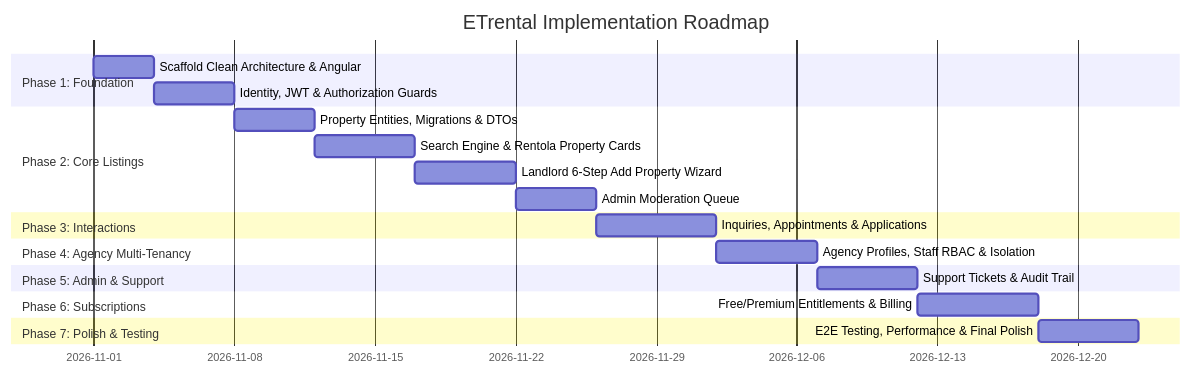
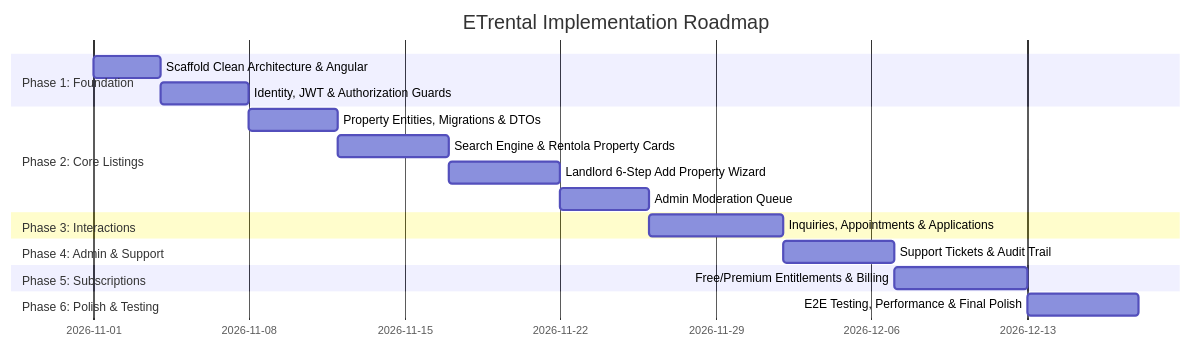
Before and after one commit to kefta19/ETrental-system: the diagram in ETrental_Test_Cases_and_Implementation_Roadmap.md, drawn with Mermaid. The commit also changed other lines of this file and 194 other files, not shown here.

````diff
--- a/ETrental_Test_Cases_and_Implementation_Roadmap.md
+++ b/ETrental_Test_Cases_and_Implementation_Roadmap.md
@@ -103,23 +104,21 @@
 ```mermaid
 gantt
     title ETrental Implementation Roadmap
     dateFormat  YYYY-MM-DD
     section Phase 1: Foundation
     Scaffold Clean Architecture & Angular   :p1_1, 2026-11-01, 3d
     Identity, JWT & Authorization Guards   :p1_2, after p1_1, 4d
     section Phase 2: Core Listings
     Property Entities, Migrations & DTOs   :p2_1, after p1_2, 4d
     Search Engine & Rentola Property Cards  :p2_2, after p2_1, 5d
     Landlord 6-Step Add Property Wizard    :p2_3, after p2_2, 5d
     Admin Moderation Queue                 :p2_4, after p2_3, 4d
     section Phase 3: Interactions
     Inquiries, Appointments & Applications :p3_1, after p2_4, 6d
-    section Phase 4: Agency Multi-Tenancy
-    Agency Profiles, Staff RBAC & Isolation:p4_1, after p3_1, 5d
-    section Phase 5: Admin & Support
-    Support Tickets & Audit Trail          :p5_1, after p4_1, 5d
-    section Phase 6: Subscriptions
-    Free/Premium Entitlements & Billing    :p6_1, after p5_1, 6d
-    section Phase 7: Polish & Testing
-    E2E Testing, Performance & Final Polish:p7_1, after p6_1, 5d
+    section Phase 4: Admin & Support
+    Support Tickets & Audit Trail          :p4_1, after p3_1, 5d
+    section Phase 5: Subscriptions
+    Free/Premium Entitlements & Billing    :p5_1, after p4_1, 6d
+    section Phase 6: Polish & Testing
+    E2E Testing, Performance & Final Polish:p6_1, after p5_1, 5d
 ```
````
